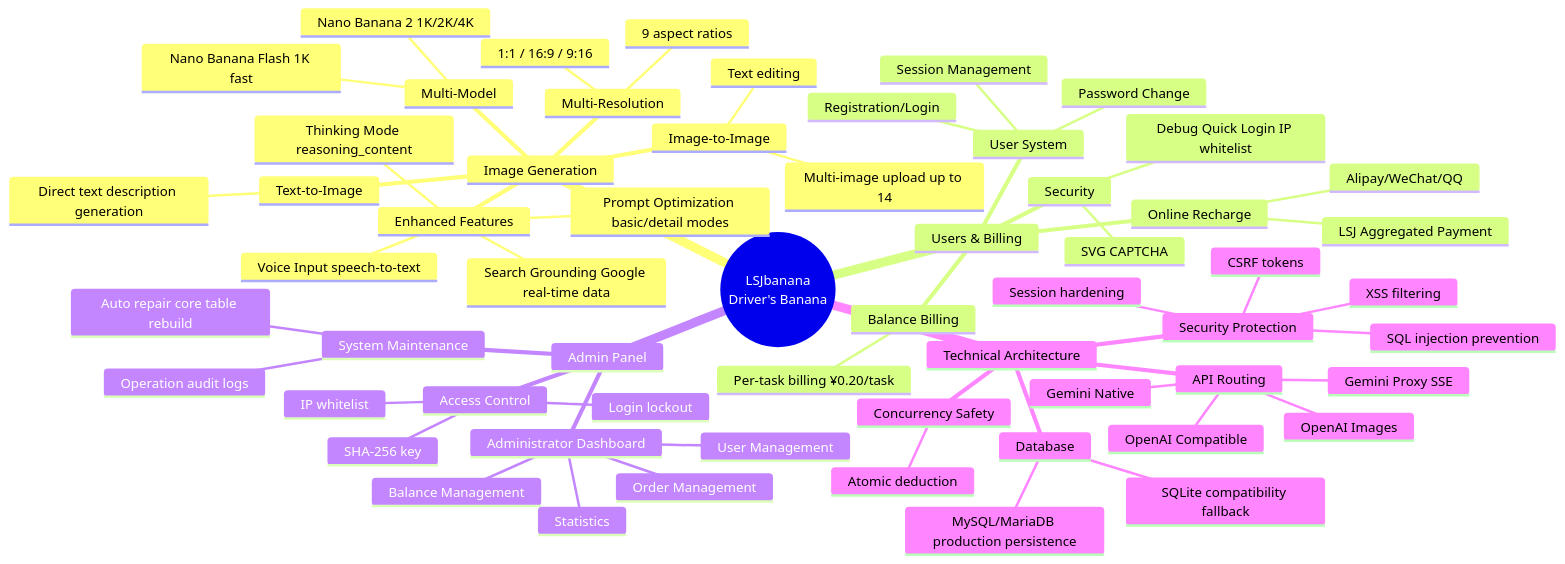
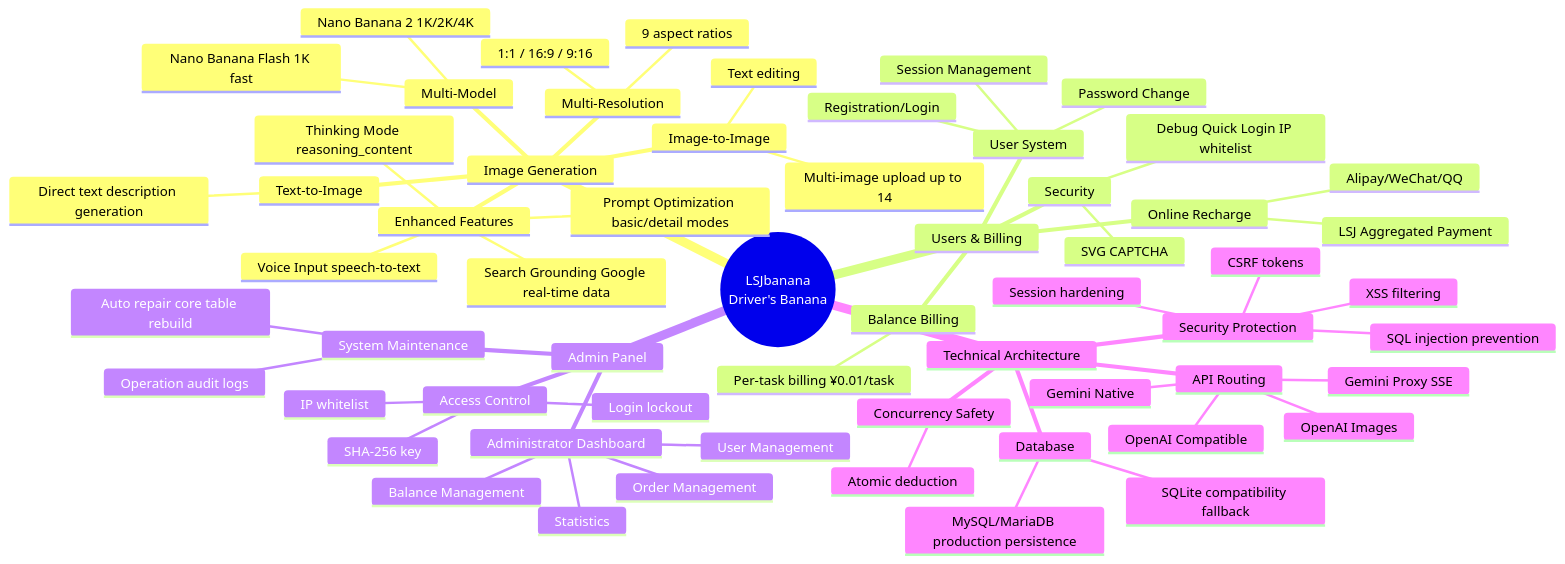
Before and after one commit to RusianHu/LSJbanana: the diagram in README.EN.md, drawn with Mermaid. The commit also changed 5 other files, not shown here.

````diff
--- a/README.EN.md
+++ b/README.EN.md
@@ -9,63 +9,63 @@
 ```mermaid
 mindmap
   root((LSJbanana<br>Driver's Banana))
     Image Generation
       Text-to-Image
         Direct text description generation
       Image-to-Image
         Multi-image upload up to 14
         Text editing
       Multi-Model
         Nano Banana 2 1K/2K/4K
         Nano Banana Flash 1K fast
       Multi-Resolution
         9 aspect ratios
         1:1 / 16:9 / 9:16
       Enhanced Features
         Search Grounding Google real-time data
         Prompt Optimization basic/detail modes
         Voice Input speech-to-text
         Thinking Mode reasoning_content
     Users & Billing
       User System
         Registration/Login
         Session Management
         Password Change
       Balance Billing
-        Per-task billing ¥0.20/task
+        Per-task billing ¥0.01/task
       Online Recharge
         LSJ Aggregated Payment
         Alipay/WeChat/QQ
       Security
         SVG CAPTCHA
         Debug Quick Login IP whitelist
     Admin Panel
       Administrator Dashboard
         User Management
         Order Management
         Balance Management
         Statistics
       Access Control
         SHA-256 key
         IP whitelist
         Login lockout
       System Maintenance
         Operation audit logs
         Auto repair core table rebuild
     Technical Architecture
       Database
         MySQL/MariaDB production persistence
         SQLite compatibility fallback
       API Routing
         Gemini Native
         OpenAI Compatible
         OpenAI Images
         Gemini Proxy SSE
       Security Protection
         CSRF tokens
         SQL injection prevention
         XSS filtering
         Session hardening
       Concurrency Safety
         Atomic deduction
 ```
````
